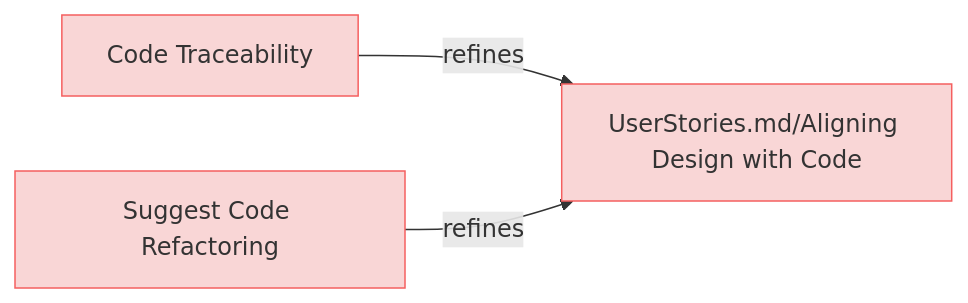
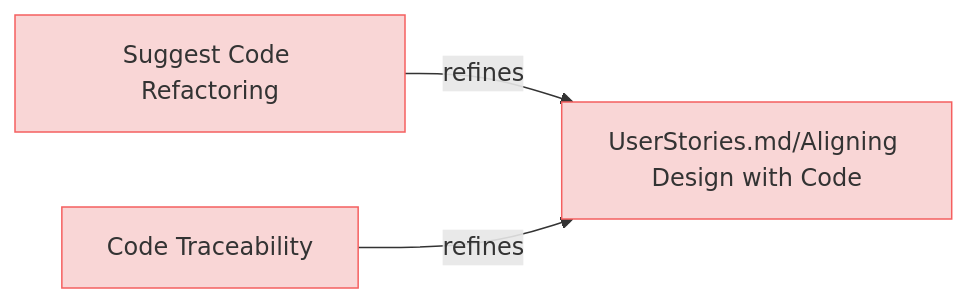
Before and after one commit to reqvire-org/reqvire: the second of 9 diagrams in specifications/UserRequirements.md, drawn with Mermaid. The commit also changed other lines of this file and 14 other files, not shown here.

Commit message:
Diagram fixes

````diff
--- a/specifications/UserRequirements.md
+++ b/specifications/UserRequirements.md
@@ -107,20 +107,20 @@
 ```mermaid
 graph LR;
   %% Graph styling
   classDef requirement fill:#f9d6d6,stroke:#f55f5f,stroke-width:1px;
   classDef verification fill:#d6f9d6,stroke:#5fd75f,stroke-width:1px;
   classDef externalLink fill:#d0e0ff,stroke:#3080ff,stroke-width:1px;
   classDef default fill:#f5f5f5,stroke:#333333,stroke-width:1px;
 
+  5922f3ef031b5fea["Suggest Code Refactoring"];
+  click 5922f3ef031b5fea "UserRequirements.md#suggest-code-refactoring";
+  class 5922f3ef031b5fea requirement;
+  de2d3516cd5ef91d["UserStories.md/Aligning Design with Code"];
+  class de2d3516cd5ef91d requirement;
+  click de2d3516cd5ef91d "UserStories.md#aligning-design-with-code";
+  5922f3ef031b5fea -->|refines| de2d3516cd5ef91d;
   1fc4e44d5fd988a6["Code Traceability"];
   click 1fc4e44d5fd988a6 "UserRequirements.md#code-traceability";
   class 1fc4e44d5fd988a6 requirement;
-  de2d3516cd5ef91d["UserStories.md/Aligning Design with Code"];
-  class de2d3516cd5ef91d requirement;
-  click de2d3516cd5ef91d "UserStories.md#aligning-design-with-code";
   1fc4e44d5fd988a6 -->|refines| de2d3516cd5ef91d;
-  5922f3ef031b5fea["Suggest Code Refactoring"];
-  click 5922f3ef031b5fea "UserRequirements.md#suggest-code-refactoring";
-  class 5922f3ef031b5fea requirement;
-  5922f3ef031b5fea -->|refines| de2d3516cd5ef91d;
 ```
````
